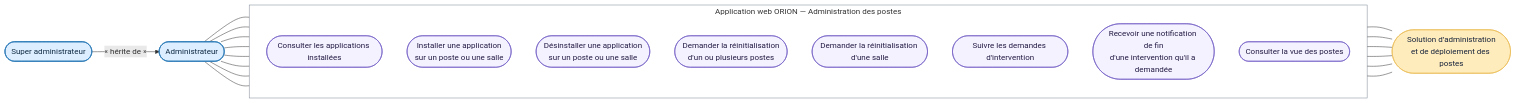
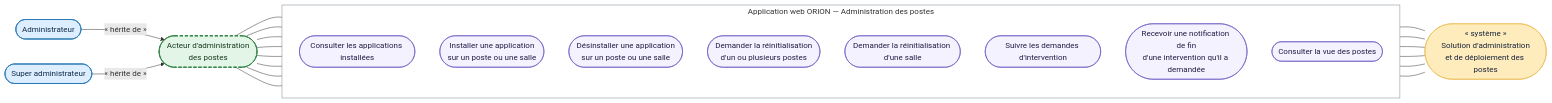
Before and after one commit to bpierrelouis/aster: the diagram in docs/02-ANALYSE/02-CAPTURE-DES-BESOINS/04-DCU-ADMINISTRATION-POSTES.md, drawn with Mermaid. The commit also changed other lines of this file and 34 other files, not shown here.

First line of the commit message:
docs(diagrammes): aligner les diagrammes UML sur le code et les remettre en page

````diff
--- a/docs/02-ANALYSE/02-CAPTURE-DES-BESOINS/04-DCU-ADMINISTRATION-POSTES.md
+++ b/docs/02-ANALYSE/02-CAPTURE-DES-BESOINS/04-DCU-ADMINISTRATION-POSTES.md
@@ -9,46 +9,50 @@
 ```mermaid
 flowchart LR
     administrateur(["Administrateur"])
     superAdministrateur(["Super administrateur"])
+    acteurAdministrationPostes(["Acteur d'administration<br/>des postes"])
 
-    superAdministrateur -->|« hérite de »| administrateur
+    administrateur -->|« hérite de »| acteurAdministrationPostes
+    superAdministrateur -->|« hérite de »| acteurAdministrationPostes
 
     subgraph orion["Application web ORION — Administration des postes"]
         direction TB
         consulterApplications(["Consulter les applications installées"])
         installerApplication(["Installer une application<br/>sur un poste ou une salle"])
         desinstallerApplication(["Désinstaller une application<br/>sur un poste ou une salle"])
         demanderPoste(["Demander la réinitialisation<br/>d'un ou plusieurs postes"])
         demanderSalle(["Demander la réinitialisation d'une salle"])
         suivreInterventions(["Suivre les demandes d'intervention"])
         recevoirFin(["Recevoir une notification de fin<br/>d'une intervention qu'il a demandée"])
         gererPostes(["Consulter la vue des postes"])
     end
 
-    administrationDistante(["Solution d’administration<br/>et de déploiement des postes"])
+    administrationDistante(["« système »<br/>Solution d’administration<br/>et de déploiement des postes"])
 
-    administrateur --- consulterApplications
-    administrateur --- installerApplication
-    administrateur --- desinstallerApplication
-    administrateur --- demanderPoste
-    administrateur --- demanderSalle
-    administrateur --- suivreInterventions
-    administrateur --- recevoirFin
-    administrateur --- gererPostes
+    acteurAdministrationPostes --- consulterApplications
+    acteurAdministrationPostes --- installerApplication
+    acteurAdministrationPostes --- desinstallerApplication
+    acteurAdministrationPostes --- demanderPoste
+    acteurAdministrationPostes --- demanderSalle
+    acteurAdministrationPostes --- suivreInterventions
+    acteurAdministrationPostes --- recevoirFin
+    acteurAdministrationPostes --- gererPostes
 
     consulterApplications --- administrationDistante
     installerApplication --- administrationDistante
     desinstallerApplication --- administrationDistante
     demanderPoste --- administrationDistante
     demanderSalle --- administrationDistante
     suivreInterventions --- administrationDistante
 
     classDef acteurReel fill:#DCEEFF,stroke:#2878B5,color:#102A43,stroke-width:1.5px
+    classDef acteurAbstrait fill:#E3F5E6,stroke:#35864A,color:#173B22,stroke-width:2px,stroke-dasharray:6 4
     classDef acteurSecondaire fill:#FFECBD,stroke:#E8B84E,color:#17243B
     classDef casUtilisation fill:#F5F2FF,stroke:#6954C0,color:#241C45
     class administrateur,superAdministrateur acteurReel
+    class acteurAdministrationPostes acteurAbstrait
     class administrationDistante acteurSecondaire
     class consulterApplications,installerApplication,desinstallerApplication,demanderPoste,demanderSalle,suivreInterventions,recevoirFin,gererPostes casUtilisation
 
     style orion fill:none,stroke:#7D8793,stroke-width:1px
 ```
````
